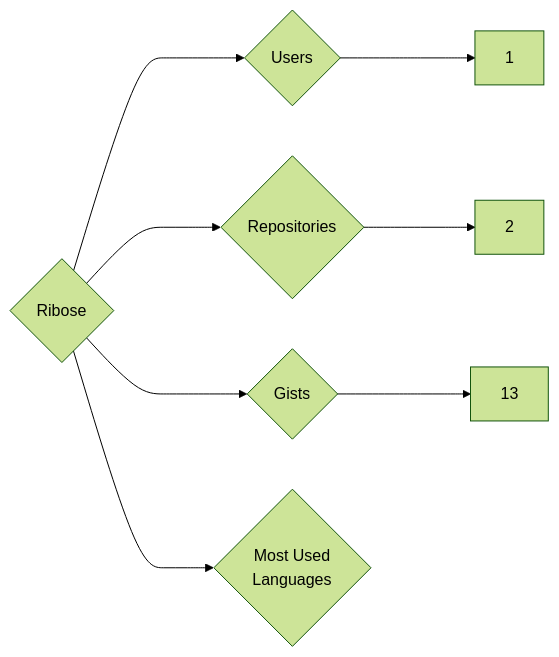
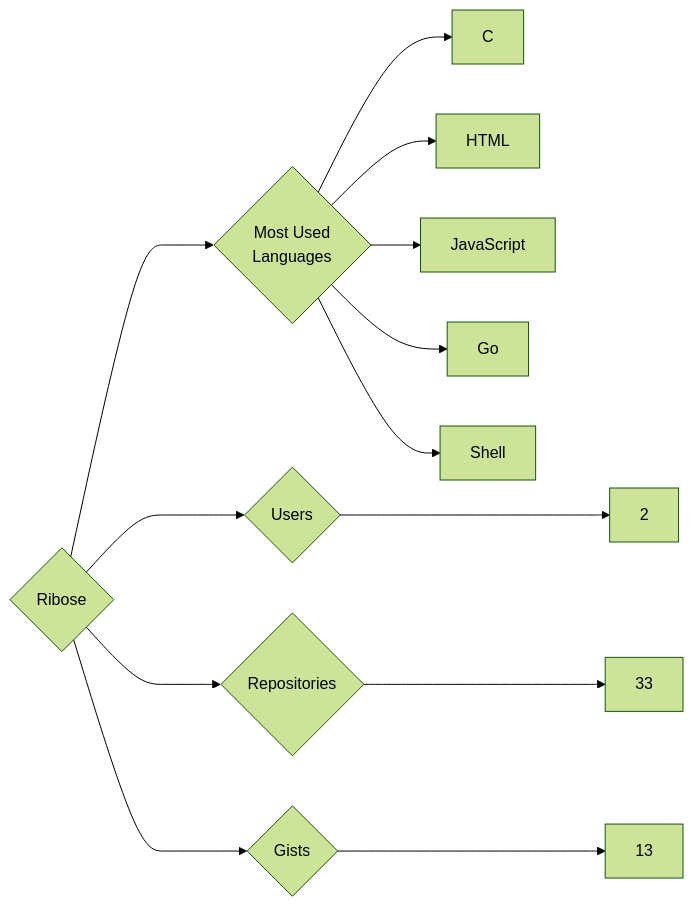
One commit to trickest/insiders changed the diagram in targets/Ribose/README.md. Above: the diagram before and after it, drawn with Mermaid (forest theme). The commit also changed 973 other files, not shown here.

````diff
--- a/targets/Ribose/README.md
+++ b/targets/Ribose/README.md
@@ -3,8 +3,13 @@
 ```mermaid
 graph LR
 COMPANY_NAME{Ribose}
-COMPANY_NAME ---> U{Users} ---> UN[1]
-COMPANY_NAME ---> R{Repositories} ---> RN[2]
+COMPANY_NAME ---> U{Users} ---> UN[2]
+COMPANY_NAME ---> R{Repositories} ---> RN[33]
 COMPANY_NAME ---> G{Gists} ---> GN[13]
 COMPANY_NAME ---> ML{Most Used<br>Languages}
+ML --> C[C]
+ML --> HTML[HTML]
+ML --> JavaScript[JavaScript]
+ML --> Go[Go]
+ML --> Shell[Shell]
 ```
````
